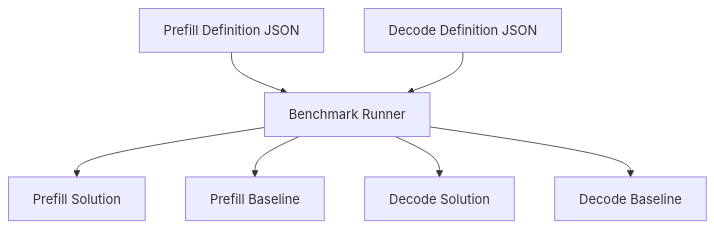
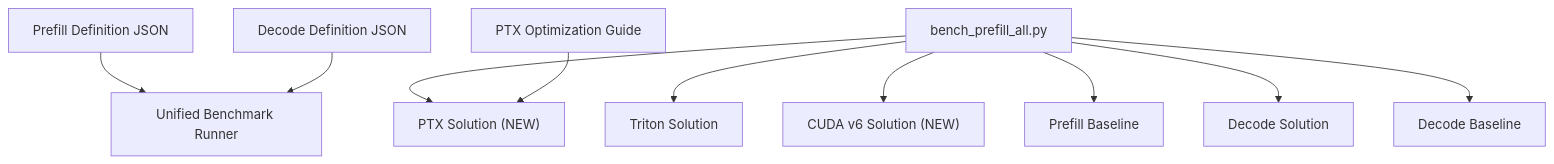
The fifth of 6 diagrams in .qoder/repowiki/en/content/Core Kernels/GDN Prefill Kernel.md (gugudeshubao/flashinfer-bench-tma-thrust), drawn with Mermaid before and after one commit. The commit also changed other lines of this file and 19 other files, not shown here.

````diff
--- a/.qoder/repowiki/en/content/Core Kernels/GDN Prefill Kernel.md
+++ b/.qoder/repowiki/en/content/Core Kernels/GDN Prefill Kernel.md
@@ -286,16 +360,23 @@
 ```mermaid
 graph TB
 DefPrefill["Prefill Definition JSON"]
 DefDecode["Decode Definition JSON"]
-Bench["Benchmark Runner"]
-PrefillSol["Prefill Solution"]
+Bench["Unified Benchmark Runner"]
+PrefillSol["Triton Solution"]
+PrefillPTX["PTX Solution (NEW)"]
+PrefillV6["CUDA v6 Solution (NEW)"]
 PrefillBase["Prefill Baseline"]
 DecodeSol["Decode Solution"]
 DecodeBase["Decode Baseline"]
+PTXReadme["PTX Optimization Guide"]
+BenchAll["bench_prefill_all.py"]
 DefPrefill --> Bench
 DefDecode --> Bench
-Bench --> PrefillSol
-Bench --> PrefillBase
-Bench --> DecodeSol
-Bench --> DecodeBase
+BenchAll --> PrefillSol
+BenchAll --> PrefillPTX
+BenchAll --> PrefillV6
+BenchAll --> PrefillBase
+BenchAll --> DecodeSol
+BenchAll --> DecodeBase
+PTXReadme --> PrefillPTX
 ```
````
